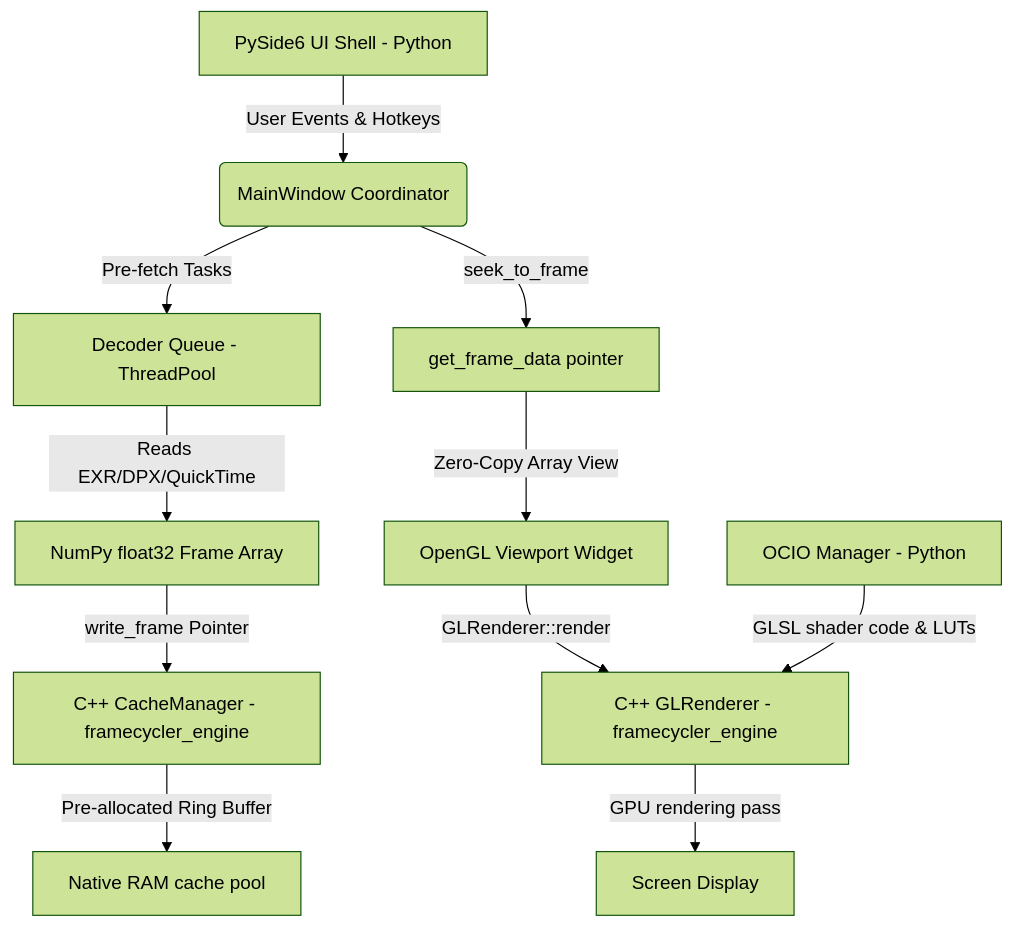
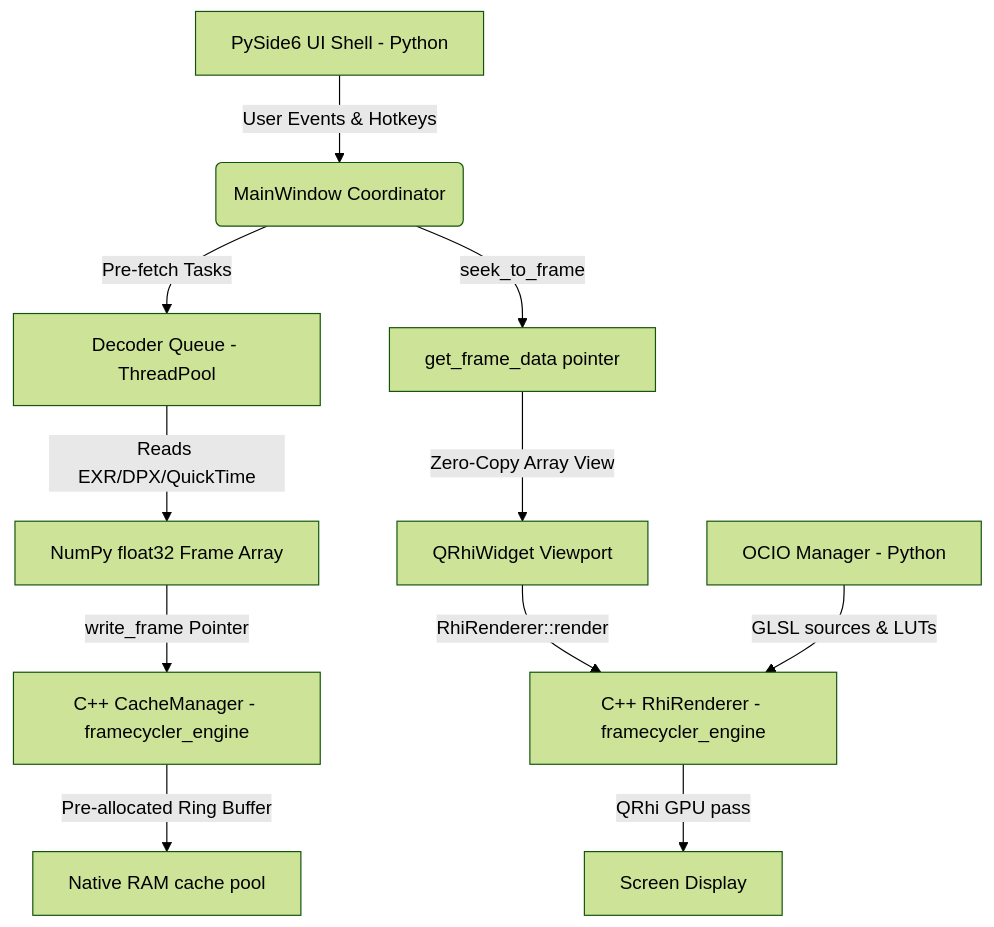
One commit to bernhardkimbacher/Framecycler changed the diagram in README.md. Above: the diagram before and after it, drawn with Mermaid (forest theme). The commit also changed other lines of this file and 34 other files, not shown here.

First line of the commit message:
Replace OpenGL rendering with PySide6 QRhi viewport pipeline.

````diff
--- a/README.md
+++ b/README.md
@@ -11,13 +11,13 @@
 ```mermaid
 graph TD
     A[PySide6 UI Shell - Python] -->|User Events & Hotkeys| B(MainWindow Coordinator)
     B -->|Pre-fetch Tasks| C[Decoder Queue - ThreadPool]
     C -->|Reads EXR/DPX/QuickTime| D[NumPy float32 Frame Array]
     D -->|write_frame Pointer| E[C++ CacheManager - framecycler_engine]
     E -->|Pre-allocated Ring Buffer| F[Native RAM cache pool]
     B -->|seek_to_frame| G[get_frame_data pointer]
-    G -->|Zero-Copy Array View| H[OpenGL Viewport Widget]
-    H -->|GLRenderer::render| I[C++ GLRenderer - framecycler_engine]
-    I -->|GPU rendering pass| J[Screen Display]
-    K[OCIO Manager - Python] -->|GLSL shader code & LUTs| I
+    G -->|Zero-Copy Array View| H[QRhiWidget Viewport]
+    H -->|RhiRenderer::render| I[C++ RhiRenderer - framecycler_engine]
+    I -->|QRhi GPU pass| J[Screen Display]
+    K[OCIO Manager - Python] -->|GLSL sources & LUTs| I
 ```
````
